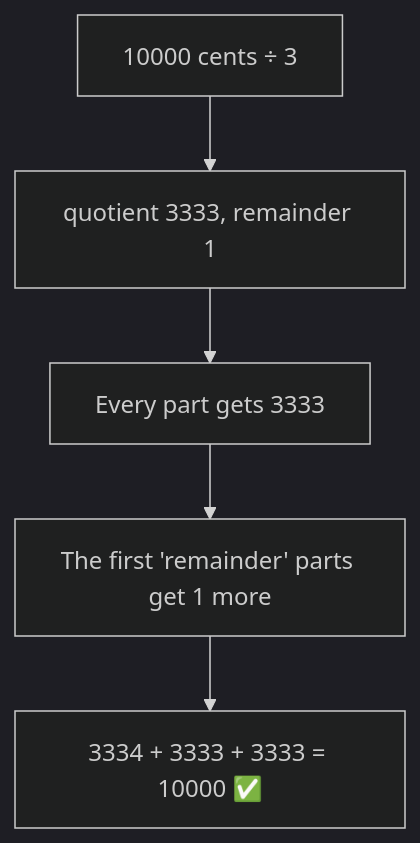
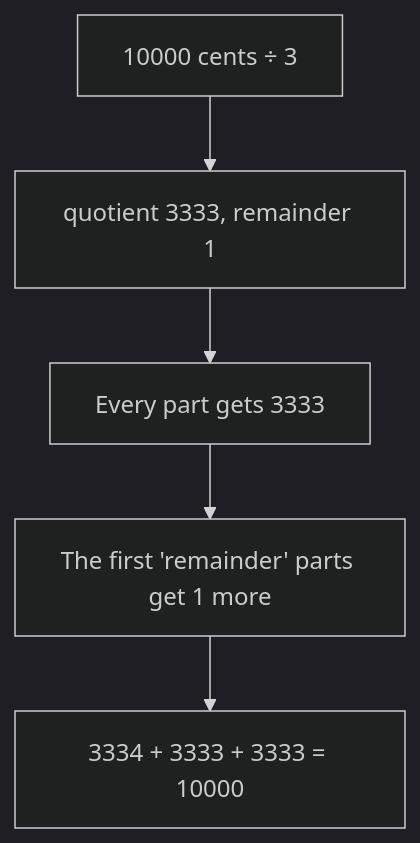
The fourth of 5 diagrams in appendix/A-money-in-code.md (callasalvatore/csharp-algorithms), drawn with Mermaid (dark theme) before and after one commit. The commit also changed other lines of this file and 2 other files, not shown here.

````diff
--- a/appendix/A-money-in-code.md
+++ b/appendix/A-money-in-code.md
@@ -162,7 +138,7 @@
 ```mermaid
 flowchart TB
     A["10000 cents ÷ 3"] --> B["quotient 3333, remainder 1"]
     B --> C["Every part gets 3333"]
     C --> D["The first 'remainder' parts get 1 more"]
-    D --> E["3334 + 3333 + 3333 = 10000 ✅"]
+    D --> E["3334 + 3333 + 3333 = 10000"]
 ```
````
